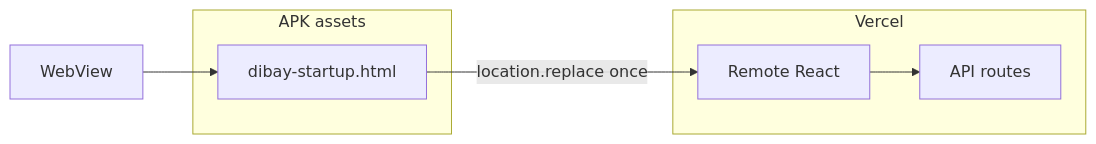
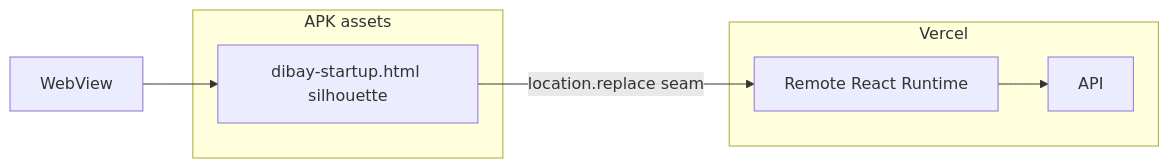
One commit to kimbk01/samarket changed the diagram in docs/dibay-hybrid-local-shell-epic.md. Above: the diagram before and after it, drawn with Mermaid. The commit also changed other lines of this file and 3 other files, not shown here.

First line of the commit message:
docs(startup): correct Hybrid status; add Local Runtime Option A SSOT

````diff
--- a/docs/dibay-hybrid-local-shell-epic.md
+++ b/docs/dibay-hybrid-local-shell-epic.md
@@ -34,13 +44,13 @@
 ```mermaid
 flowchart LR
   subgraph apk [APK assets]
-    BootHTML[dibay-startup.html]
+    BootHTML[dibay-startup.html silhouette]
   end
   subgraph remote [Vercel]
-    React[Remote React]
-    API[API routes]
+    React[Remote React Runtime]
+    API[API]
   end
   WebView --> BootHTML
-  BootHTML -->|location.replace once| React
+  BootHTML -->|location.replace seam| React
   React --> API
 ```
````
